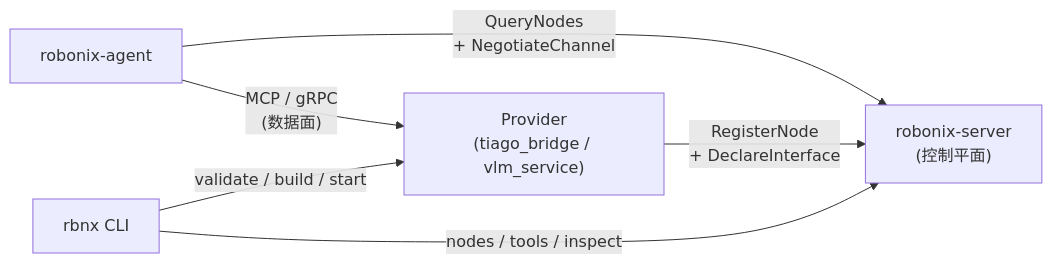
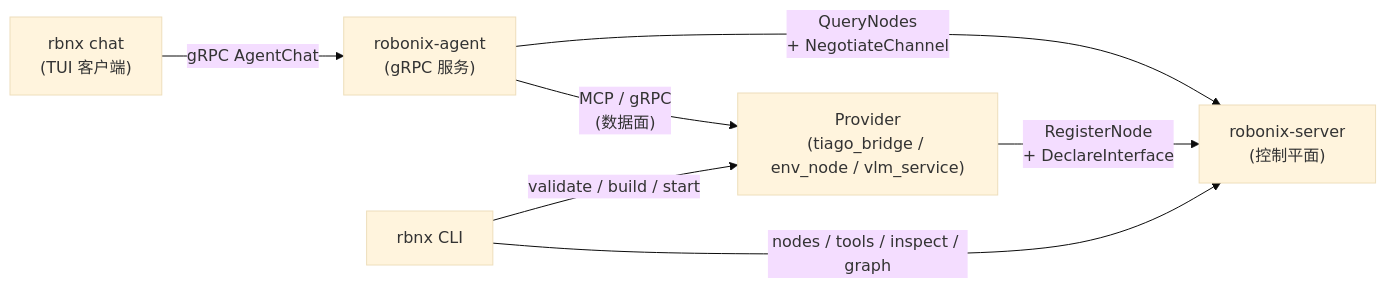
The diagram in src/architecture/overview.md (syswonder/robonix-book), drawn with Mermaid before and after one commit. The commit also changed other lines of this file and 9 other files, not shown here.

````diff
--- a/src/architecture/overview.md
+++ b/src/architecture/overview.md
@@ -5,8 +5,10 @@
 ```mermaid
+%%{init: {'theme': 'base', 'config': {'securityLevel': 'loose'}}}%%
 graph LR
-    Provider["Provider\n(tiago_bridge / vlm_service)"] -->|"RegisterNode\n+ DeclareInterface"| Server["robonix-server\n(控制平面)"]
-    Agent["robonix-agent"] -->|"QueryNodes\n+ NegotiateChannel"| Server
-    Agent -->|"MCP / gRPC\n(数据面)"| Provider
+    Provider["Provider<br>(tiago_bridge / env_node / vlm_service)"] -->|"RegisterNode<br>+ DeclareInterface"| Server["robonix-server<br>(控制平面)"]
+    Agent["robonix-agent<br>(gRPC 服务)"] -->|"QueryNodes<br>+ NegotiateChannel"| Server
+    Agent -->|"MCP / gRPC<br>(数据面)"| Provider
+    TUI["rbnx chat<br>(TUI 客户端)"] -->|"gRPC AgentChat"| Agent
     CLI["rbnx CLI"] -->|"validate / build / start"| Provider
-    CLI -->|"nodes / tools / inspect"| Server
+    CLI -->|"nodes / tools / inspect / graph"| Server
 ```
````
